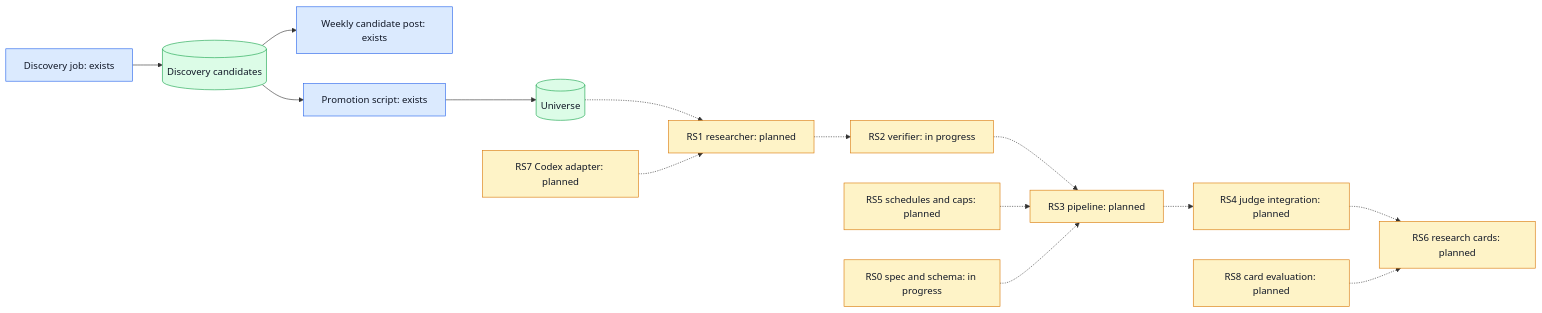
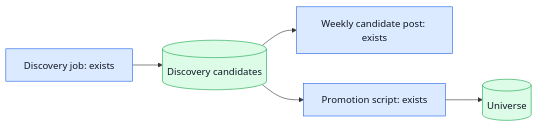
Before and after one commit to Filipcsupka/invest-buddy: the seventh of 10 diagrams in docs/architecture.md, drawn with Mermaid. The commit also changed other lines of this file and 86 other files, not shown here.

````diff
--- a/docs/architecture.md
+++ b/docs/architecture.md
@@ -184,22 +184,11 @@
 ```mermaid
 flowchart LR
   discover[Discovery job: exists] --> candidates[(Discovery candidates)]
   candidates --> post[Weekly candidate post: exists]
   candidates --> promote[Promotion script: exists]
   promote --> universe[(Universe)]
-  universe -.-> researcher[RS1 researcher: planned]
-  researcher -.-> verifier[RS2 verifier: in progress]
-  verifier -.-> pipeline[RS3 pipeline: planned]
-  pipeline -.-> judge[RS4 judge integration: planned]
-  judge -.-> cards[RS6 research cards: planned]
-  schedule[RS5 schedules and caps: planned] -.-> pipeline
-  adapter[RS7 Codex adapter: planned] -.-> researcher
-  eval[RS8 card evaluation: planned] -.-> cards
-  spec[RS0 spec and schema: in progress] -.-> pipeline
   classDef app fill:#dbeafe,stroke:#2563eb,color:#111827
   classDef data fill:#dcfce7,stroke:#16a34a,color:#111827
-  classDef planned fill:#fef3c7,stroke:#d97706,color:#111827
   class discover,post,promote app
   class candidates,universe data
-  class researcher,verifier,pipeline,judge,cards,schedule,adapter,eval,spec planned
 ```
````
